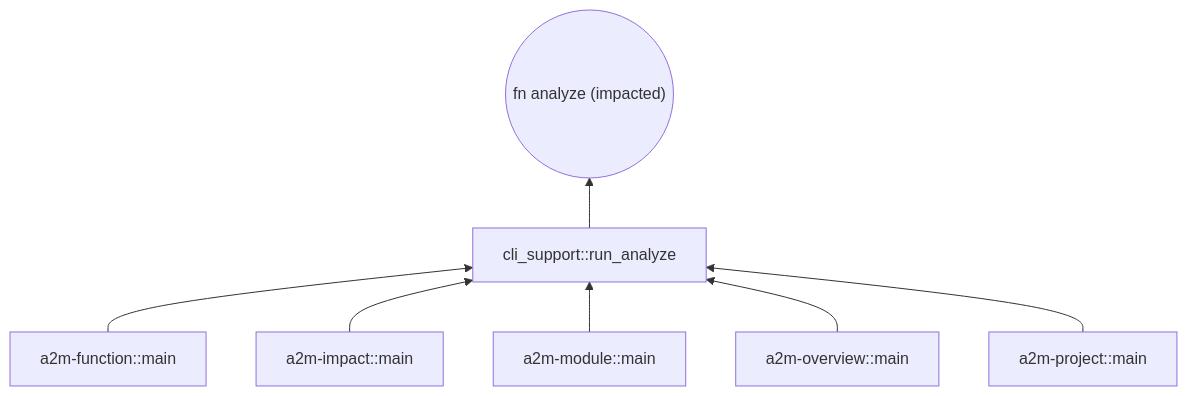
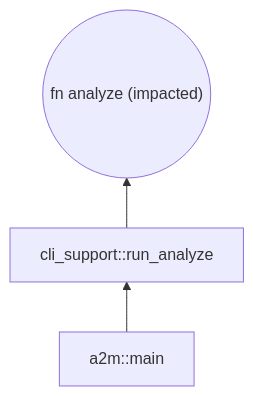
The second of 3 diagrams in README.md (anatta-rs/ast-to-mermaid), drawn with Mermaid before and after one commit. The commit also changed other lines of this file and 10 other files, not shown here.

````diff
--- a/README.md
+++ b/README.md
@@ -39,16 +39,8 @@
 ```mermaid
 graph BT
     analyze(("fn analyze (impacted)"))
-    a2m_function["a2m-function::main"]
-    a2m_impact["a2m-impact::main"]
-    a2m_module["a2m-module::main"]
-    a2m_overview["a2m-overview::main"]
-    a2m_project["a2m-project::main"]
+    a2m_main["a2m::main"]
     run_analyze["cli_support::run_analyze"]
-    a2m_function --> run_analyze
-    a2m_impact --> run_analyze
-    a2m_module --> run_analyze
-    a2m_overview --> run_analyze
-    a2m_project --> run_analyze
+    a2m_main --> run_analyze
     run_analyze --> analyze
 ```
````
